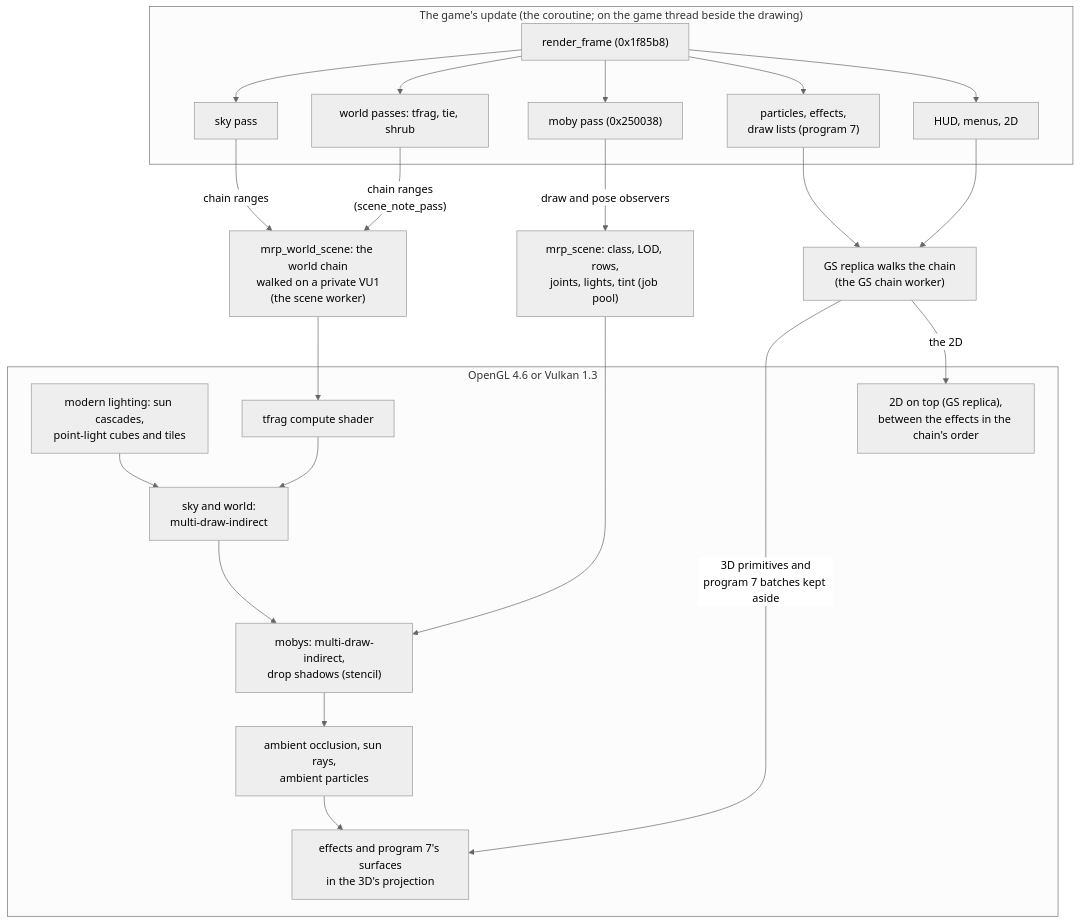
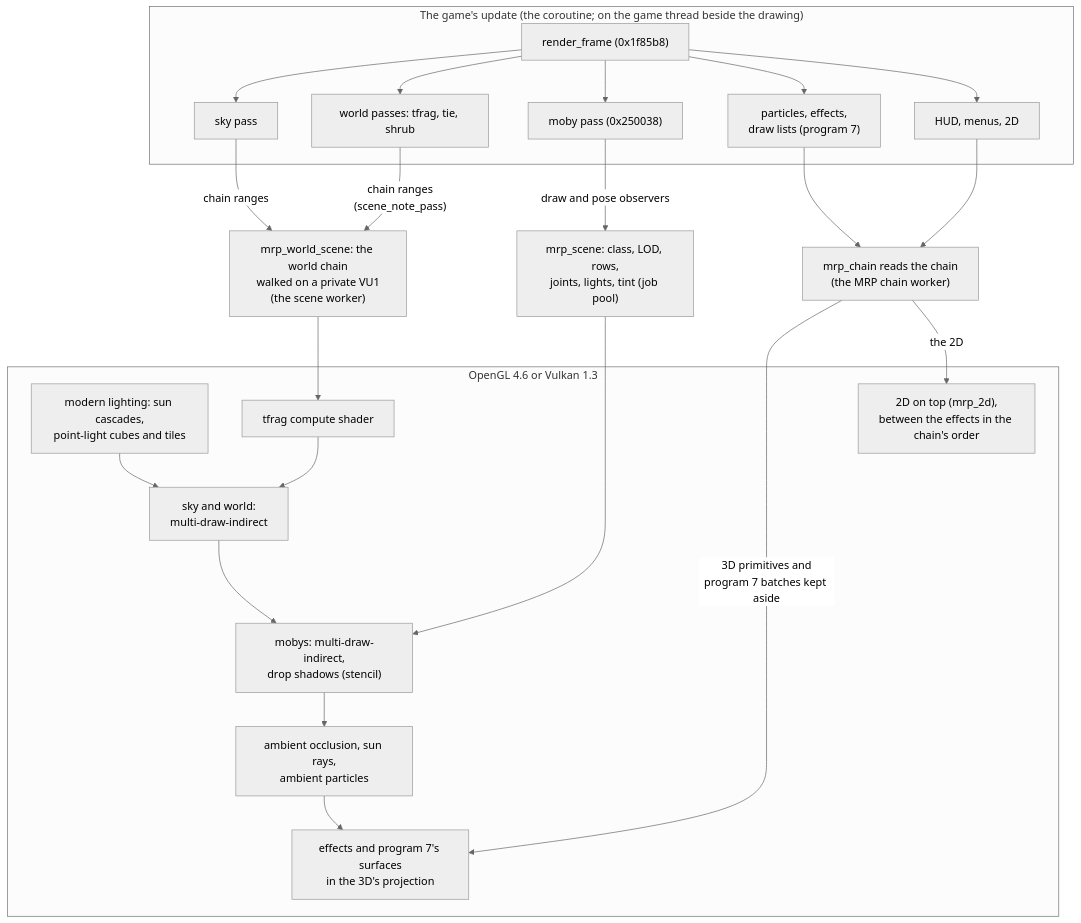
The diagram in docs/rendering.md (RAC-Native/rac1-native-game), drawn with Mermaid (neutral theme) before and after one commit. The commit also changed other lines of this file and 36 other files, not shown here.

````diff
--- a/docs/rendering.md
+++ b/docs/rendering.md
@@ -71,30 +71,30 @@
 ```mermaid
 flowchart TD
     subgraph EE["The game's update (the coroutine; on the game thread beside the drawing)"]
         RF["render_frame (0x1f85b8)"] --> SKY["sky pass"]
         RF --> WP["world passes: tfrag, tie, shrub"]
         RF --> MP["moby pass (0x250038)"]
         RF --> FX["particles, effects,<br/>draw lists (program 7)"]
         RF --> HUD["HUD, menus, 2D"]
     end
     WP -->|"chain ranges<br/>(scene_note_pass)"| WS["mrp_world_scene: the world chain<br/>walked on a private VU1<br/>(the scene worker)"]
     SKY -->|"chain ranges"| WS
     MP -->|"draw and pose observers"| MS["mrp_scene: class, LOD, rows,<br/>joints, lights, tint (job pool)"]
-    FX --> GSR["GS replica walks the chain<br/>(the GS chain worker)"]
+    FX --> GSR["mrp_chain reads the chain<br/>(the MRP chain worker)"]
     HUD --> GSR
     subgraph GPU["OpenGL 4.6 or Vulkan 1.3"]
         LS["modern lighting: sun cascades,<br/>point-light cubes and tiles"]
         TC["tfrag compute shader"]
         WD["sky and world:<br/>multi-draw-indirect"]
         MD["mobys: multi-draw-indirect,<br/>drop shadows (stencil)"]
         PP["ambient occlusion, sun rays,<br/>ambient particles"]
         FXD["effects and program 7's surfaces<br/>in the 3D's projection"]
-        TWO["2D on top (GS replica),<br/>between the effects in the chain's order"]
+        TWO["2D on top (mrp_2d),<br/>between the effects in the chain's order"]
     end
     GSR -->|"3D primitives and<br/>program 7 batches kept aside"| FXD
     GSR -->|"the 2D"| TWO
     WS --> TC --> WD
     MS --> MD
     LS --> WD
     WD --> MD --> PP --> FXD
 ```
````
